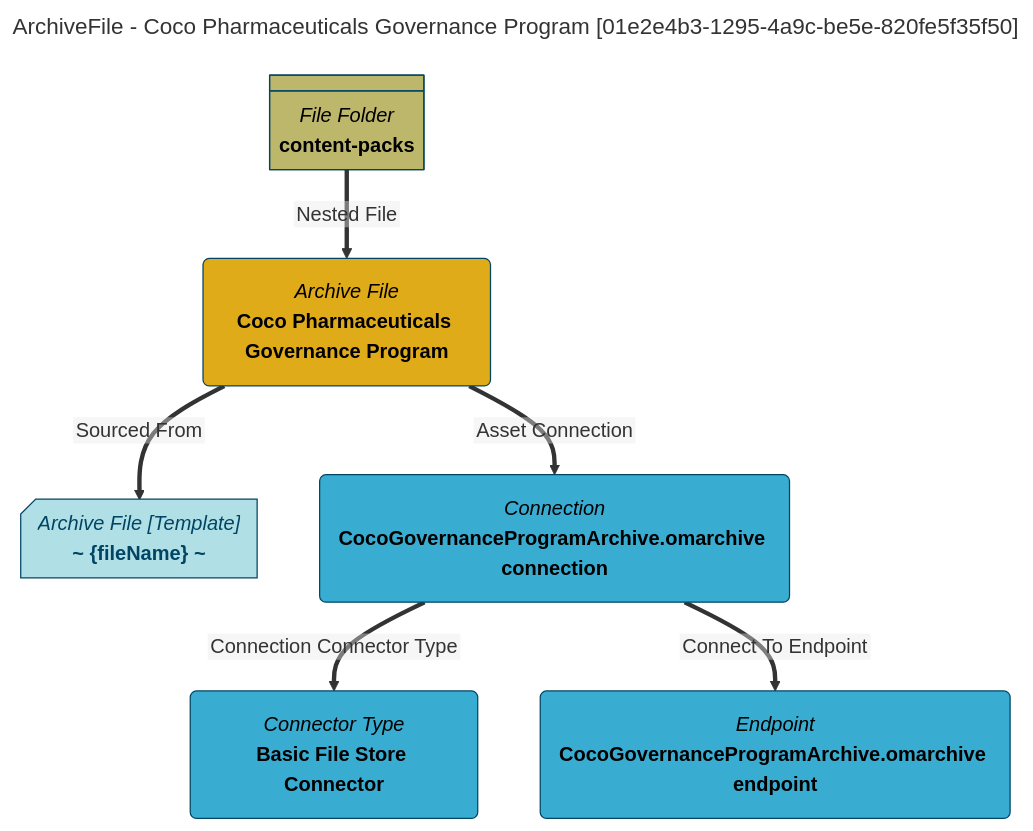
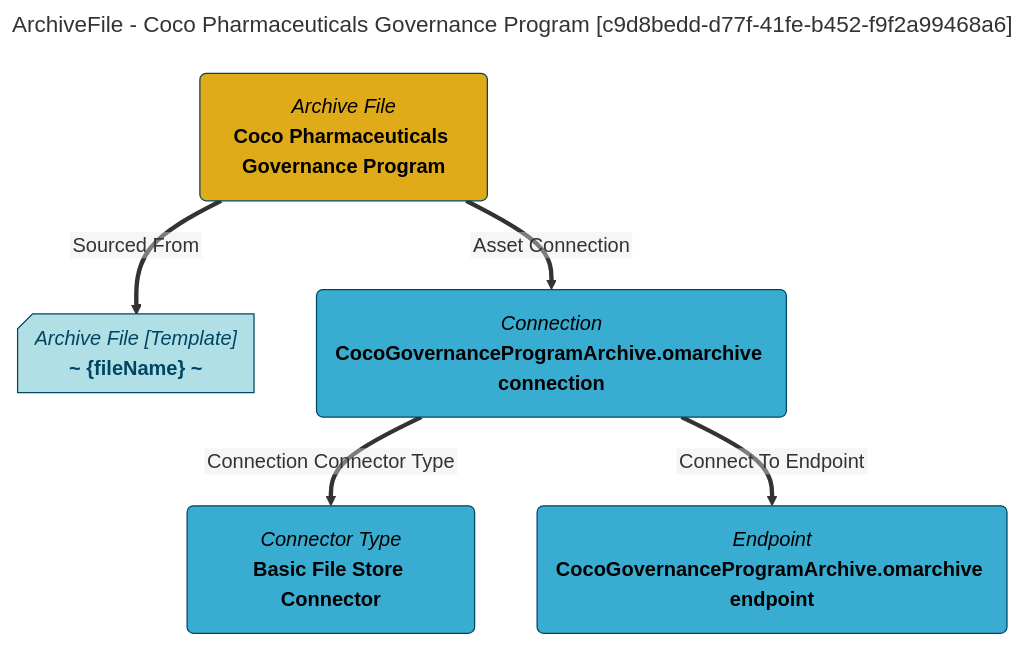
Before and after one commit to odpi/egeria-docs: the diagram in site/snippets/data-assets/coco-pharmaceuticals-governance-program-mermaid-graph.md, drawn with Mermaid. The commit also changed 2201 other files, not shown here.

````diff
--- a/site/snippets/data-assets/coco-pharmaceuticals-governance-program-mermaid-graph.md
+++ b/site/snippets/data-assets/coco-pharmaceuticals-governance-program-mermaid-graph.md
@@ -1,31 +1,27 @@
 ```mermaid
 ---
-title: ArchiveFile - Coco Pharmaceuticals Governance Program [01e2e4b3-1295-4a9c-be5e-820fe5f35f50]
+title: ArchiveFile - Coco Pharmaceuticals Governance Program [c9d8bedd-d77f-41fe-b452-f9f2a99468a6]
 ---
 flowchart TD
 %%{init: {"flowchart": {"htmlLabels": false}} }%%
 
 1@{ shape: rounded, label: "*Archive File*
 **Coco Pharmaceuticals Governance Program**"}
 2@{ shape: card, label: "*Archive File [Template]*
 **~ {fileName} ~**"}
 1==>|"Sourced From"|2
 3@{ shape: rounded, label: "*Connection*
 **CocoGovernanceProgramArchive.omarchive connection**"}
 1==>|"Asset Connection"|3
 4@{ shape: rounded, label: "*Connector Type*
 **Basic File Store Connector**"}
 3==>|"Connection Connector Type"|4
 5@{ shape: rounded, label: "*Endpoint*
 **CocoGovernanceProgramArchive.omarchive endpoint**"}
 3==>|"Connect To Endpoint"|5
-6@{ shape: div-rect, label: "*File Folder*
-**content-packs**"}
-6==>|"Nested File"|1
 style 1 color:#000000, fill:#e0ab18, stroke:#004563
 style 2 color:#004563, fill:#b0e0e6, stroke:#004563
 style 3 color:#000000, fill:#39add1, stroke:#004563
 style 4 color:#000000, fill:#39add1, stroke:#004563
 style 5 color:#000000, fill:#39add1, stroke:#004563
-style 6 color:#000000, fill:#bdb76b, stroke:#004563
 ```
````
